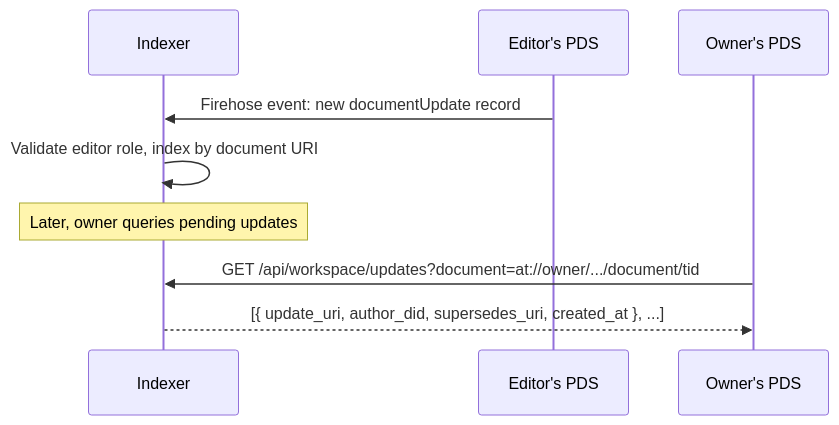
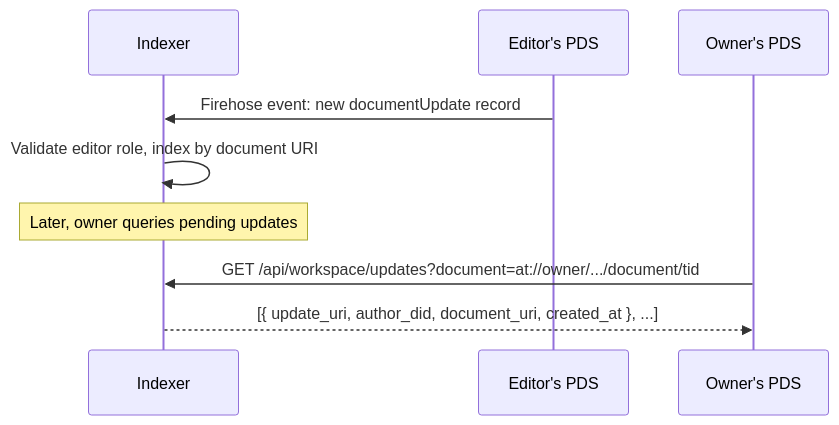
The third of 3 diagrams in docs/flows/revisions.md (Sans-Self/Opake), drawn with Mermaid before and after one commit. The commit also changed other lines of this file and 10 other files, not shown here.

````diff
--- a/docs/flows/revisions.md
+++ b/docs/flows/revisions.md
@@ -127,14 +102,14 @@
 ```mermaid
 sequenceDiagram
     participant Indexer
     participant EditorPDS as Editor's PDS
     participant OwnerPDS as Owner's PDS
 
     EditorPDS->>Indexer: Firehose event: new documentUpdate record
     Indexer->>Indexer: Validate editor role, index by document URI
 
     Note over Indexer: Later, owner queries pending updates
 
     OwnerPDS->>Indexer: GET /api/workspace/updates?document=at://owner/.../document/tid
-    Indexer-->>OwnerPDS: [{ update_uri, author_did, supersedes_uri, created_at }, ...]
+    Indexer-->>OwnerPDS: [{ update_uri, author_did, document_uri, created_at }, ...]
 ```
````
